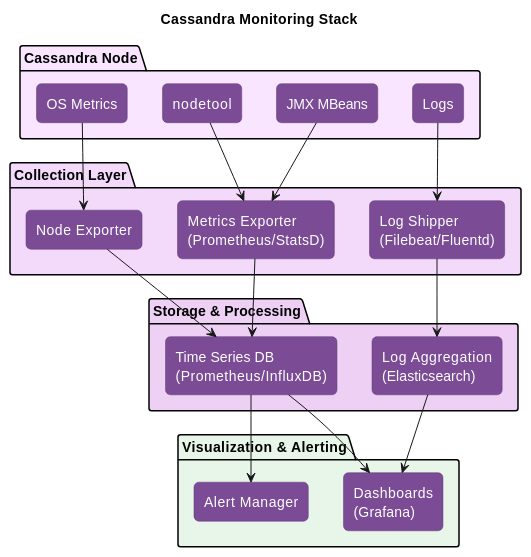
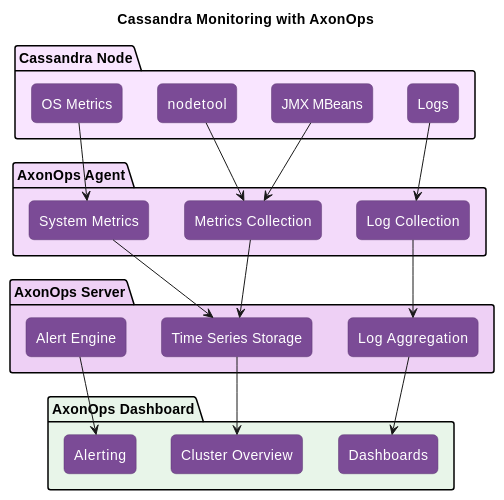
Before and after one commit to axonops/documentation: the diagram in docs/cassandra/operations/monitoring/index.md, drawn with PlantUML. The commit also changed other lines of this file and 228 other files, not shown here.

````diff
--- a/docs/cassandra/operations/monitoring/index.md
+++ b/docs/cassandra/operations/monitoring/index.md
@@ -14,49 +14,51 @@
 ```plantuml
 @startuml
 skinparam backgroundColor transparent
-title Cassandra Monitoring Stack
+title Cassandra Monitoring with AxonOps
 
 skinparam rectangle {
     BackgroundColor #7B4B96
     FontColor white
     BorderColor #5A3670
     roundCorner 10
 }
 
 package "Cassandra Node" as Node #F9E5FF {
     rectangle "JMX MBeans" as JMX
     rectangle "Logs" as Logs
     rectangle "OS Metrics" as OS
     rectangle "nodetool" as NT
 }
 
-package "Collection Layer" as Collect #F3DAFA {
-    rectangle "Metrics Exporter\n(Prometheus/StatsD)" as Exporter
-    rectangle "Log Shipper\n(Filebeat/Fluentd)" as LogShip
-    rectangle "Node Exporter" as NodeExp
+package "AxonOps Agent" as Agent #F3DAFA {
+    rectangle "Metrics Collection" as Metrics
+    rectangle "Log Collection" as LogCol
+    rectangle "System Metrics" as SysMet
 }
 
-package "Storage & Processing" as Store #EED0F5 {
-    rectangle "Time Series DB\n(Prometheus/InfluxDB)" as TSDB
-    rectangle "Log Aggregation\n(Elasticsearch)" as LogDB
+package "AxonOps Server" as Server #EED0F5 {
+    rectangle "Time Series Storage" as TSDB
+    rectangle "Log Aggregation" as LogDB
+    rectangle "Alert Engine" as AlertEng
 }
 
-package "Visualization & Alerting" as Viz #E8F5E9 {
-    rectangle "Dashboards\n(Grafana)" as Dash
-    rectangle "Alert Manager" as Alert
+package "AxonOps Dashboard" as Dash #E8F5E9 {
+    rectangle "Cluster Overview" as Overview
+    rectangle "Dashboards" as Dashboards
+    rectangle "Alerting" as Alert
 }
 
-JMX --> Exporter
-Logs --> LogShip
-OS --> NodeExp
-NT --> Exporter
+JMX --> Metrics
+Logs --> LogCol
+OS --> SysMet
+NT --> Metrics
 
-Exporter --> TSDB
-LogShip --> LogDB
-NodeExp --> TSDB
+Metrics --> TSDB
+LogCol --> LogDB
+SysMet --> TSDB
 
-TSDB --> Dash
-LogDB --> Dash
-TSDB --> Alert
+TSDB --> Overview
+LogDB --> Dashboards
+AlertEng --> Alert
 @enduml
 ```
````
